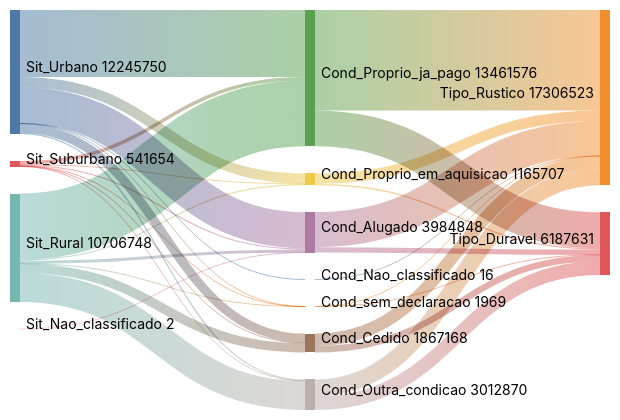
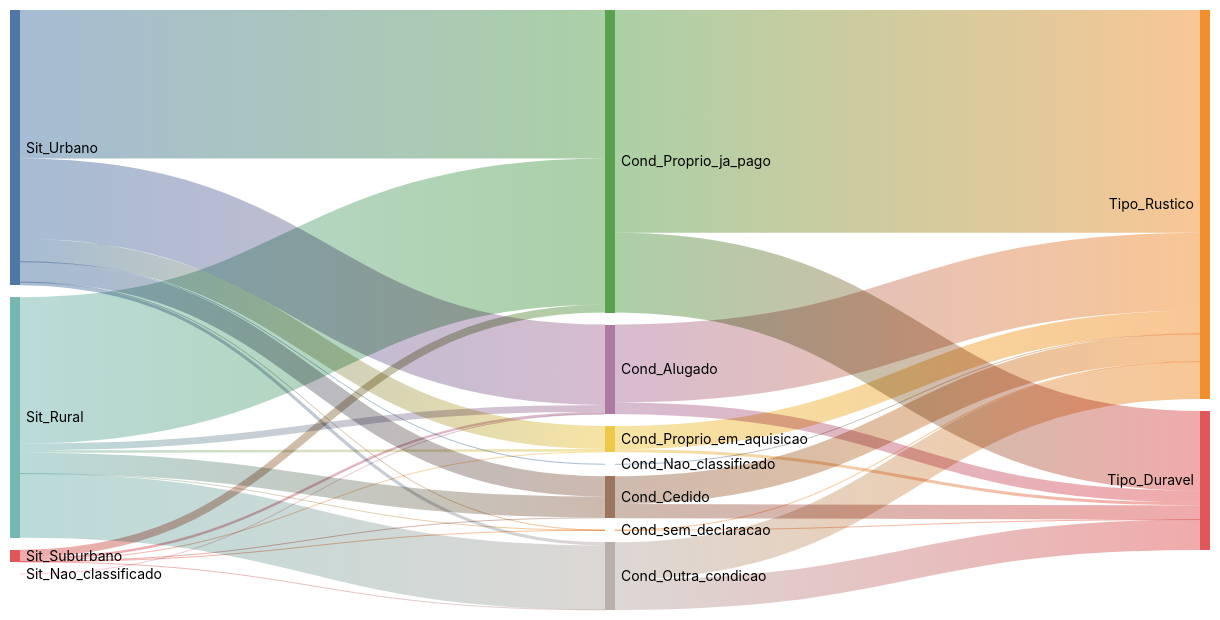
One commit to rafapolo/xyz changed the first of 2 diagrams in dataviz/index.md. Above: the diagram before and after it, drawn with Mermaid (neutral theme). The commit also changed other lines of this file and 3 other files, not shown here.

First line of the commit message:
fix: Add Mermaid configuration for Sankey diagrams in GitHub Pages

````diff
--- a/dataviz/index.md
+++ b/dataviz/index.md
@@ -172,36 +172,43 @@
 ```mermaid
+---
+config:
+ sankey:
+  showValues: false
+  width: 1200
+  height: 600
+---
 sankey-beta
     Sit_Urbano,Cond_sem_declaracao,1168
     Sit_Suburbano,Cond_sem_declaracao,26
     Sit_Rural,Cond_sem_declaracao,775
     Sit_Urbano,Cond_Proprio_ja_pago,6602220
     Sit_Suburbano,Cond_Proprio_ja_pago,345236
     Sit_Rural,Cond_Proprio_ja_pago,6514120
     Sit_Urbano,Cond_Proprio_em_aquisicao,1021044
     Sit_Suburbano,Cond_Proprio_em_aquisicao,33202
     Sit_Rural,Cond_Proprio_em_aquisicao,111461
     Sit_Urbano,Cond_Alugado,3575026
     Sit_Suburbano,Cond_Alugado,109313
     Sit_Rural,Cond_Alugado,300507
     Sit_Nao_classificado,Cond_Alugado,2
     Sit_Urbano,Cond_Cedido,906408
     Sit_Suburbano,Cond_Cedido,40742
     Sit_Rural,Cond_Cedido,920018
     Sit_Urbano,Cond_Outra_condicao,139868
     Sit_Suburbano,Cond_Outra_condicao,13135
     Sit_Rural,Cond_Outra_condicao,2859867
     Sit_Urbano,Cond_Nao_classificado,16
     Cond_sem_declaracao,Tipo_Rustico,1434
     Cond_sem_declaracao,Tipo_Duravel,535
     Cond_Proprio_ja_pago,Tipo_Rustico,9912955
     Cond_Proprio_ja_pago,Tipo_Duravel,3548621
     Cond_Proprio_em_aquisicao,Tipo_Rustico,1032172
     Cond_Proprio_em_aquisicao,Tipo_Duravel,133535
     Cond_Alugado,Tipo_Rustico,3465003
     Cond_Alugado,Tipo_Duravel,519845
     Cond_Cedido,Tipo_Rustico,1235874
     Cond_Cedido,Tipo_Duravel,631294
     Cond_Outra_condicao,Tipo_Rustico,1659069
     Cond_Outra_condicao,Tipo_Duravel,1353801
     Cond_Nao_classificado,Tipo_Rustico,16
 ```
````
